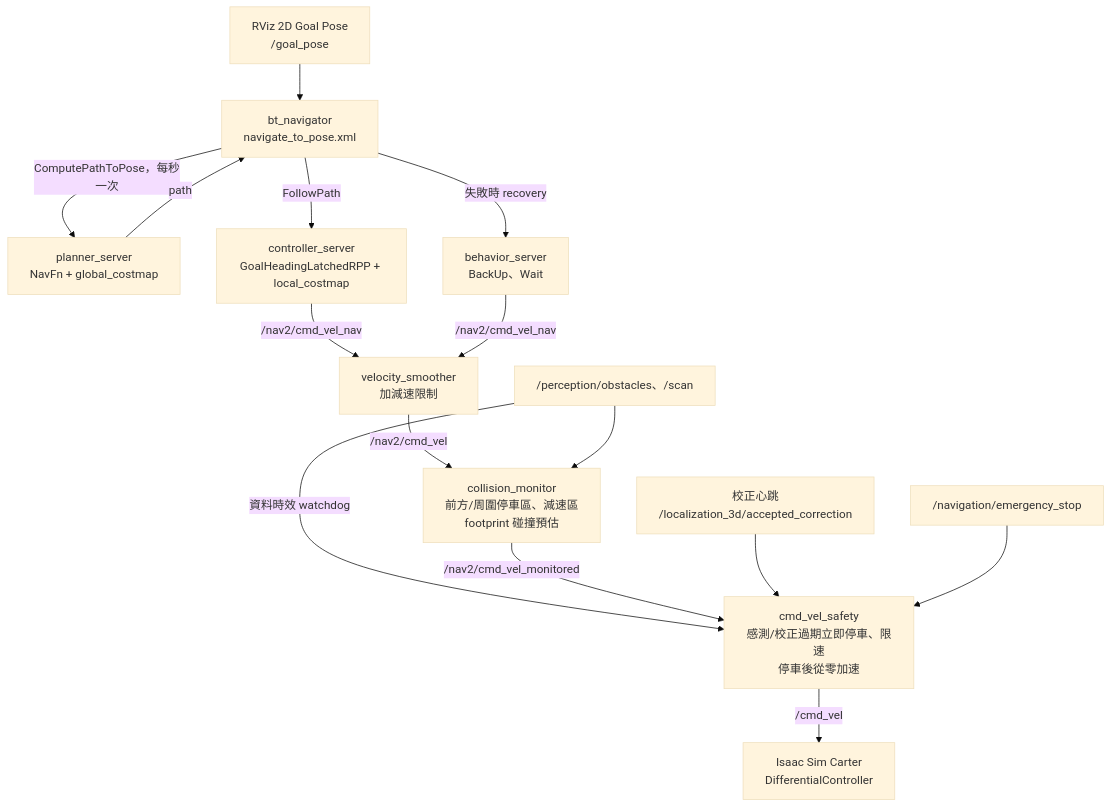
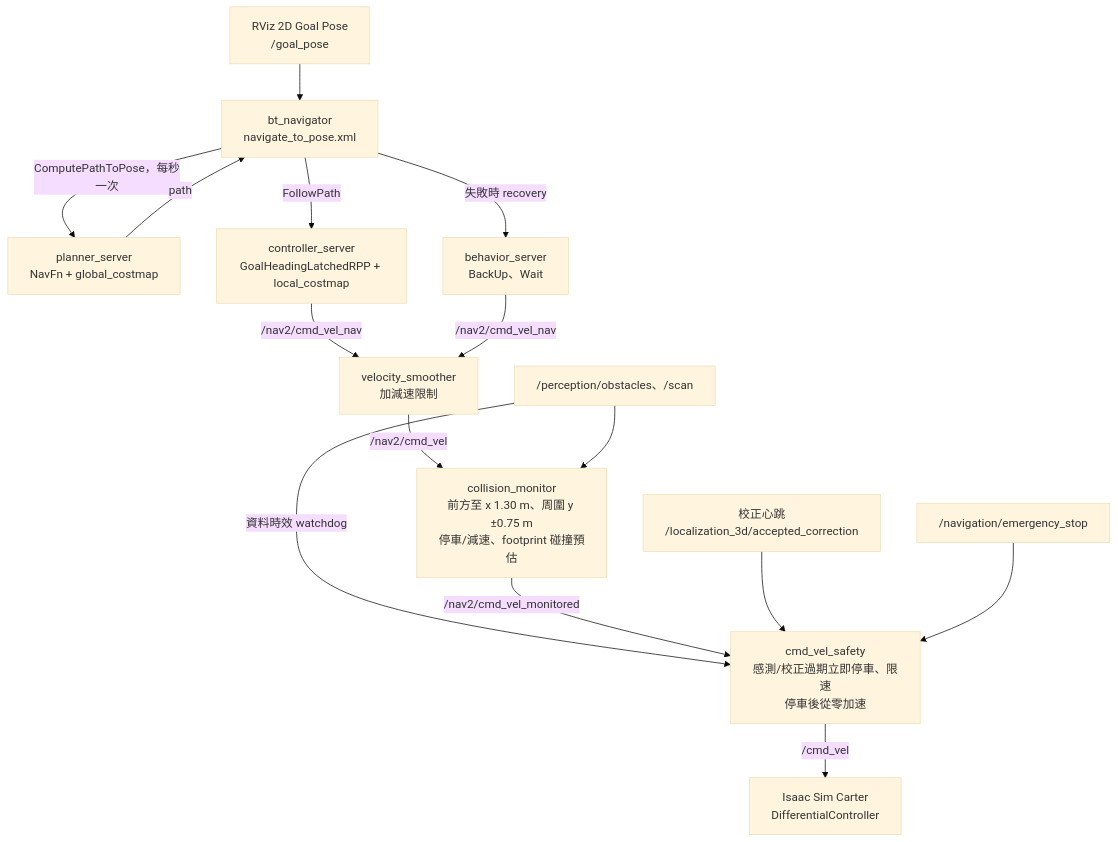
One commit to piggaycheng/isaacsim_fast-lio2-slam changed the second of 5 diagrams in docs/nav.md. Above: the diagram before and after it, drawn with Mermaid (base theme). The commit also changed other lines of this file and 10 other files, not shown here.

````diff
--- a/docs/nav.md
+++ b/docs/nav.md
@@ -52,30 +52,30 @@
 ```mermaid
 flowchart TD
     Goal["RViz 2D Goal Pose<br/>/goal_pose"]
     BT["bt_navigator<br/>navigate_to_pose.xml"]
     Planner["planner_server<br/>NavFn + global_costmap"]
     Controller["controller_server<br/>GoalHeadingLatchedRPP + local_costmap"]
     Behavior["behavior_server<br/>BackUp、Wait"]
     Smoother["velocity_smoother<br/>加減速限制"]
-    Monitor["collision_monitor<br/>前方/周圍停車區、減速區<br/>footprint 碰撞預估"]
+    Monitor["collision_monitor<br/>前方至 x 1.30 m、周圍 y ±0.75 m<br/>停車/減速、footprint 碰撞預估"]
     Obstacles["/perception/obstacles、/scan"]
     Safety["cmd_vel_safety<br/>感測/校正過期立即停車、限速<br/>停車後從零加速"]
     Correction["校正心跳<br/>/localization_3d/accepted_correction"]
     EStop["/navigation/emergency_stop"]
     Isaac["Isaac Sim Carter<br/>DifferentialController"]
 
     Goal --> BT
     BT -->|"ComputePathToPose，每秒一次"| Planner
     Planner -->|"path"| BT
     BT -->|"FollowPath"| Controller
     BT -->|"失敗時 recovery"| Behavior
     Controller -->|"/nav2/cmd_vel_nav"| Smoother
     Behavior -->|"/nav2/cmd_vel_nav"| Smoother
     Smoother -->|"/nav2/cmd_vel"| Monitor
     Obstacles --> Monitor
     Obstacles -->|"資料時效 watchdog"| Safety
     Monitor -->|"/nav2/cmd_vel_monitored"| Safety
     Correction --> Safety
     EStop --> Safety
     Safety -->|"/cmd_vel"| Isaac
 ```
````
